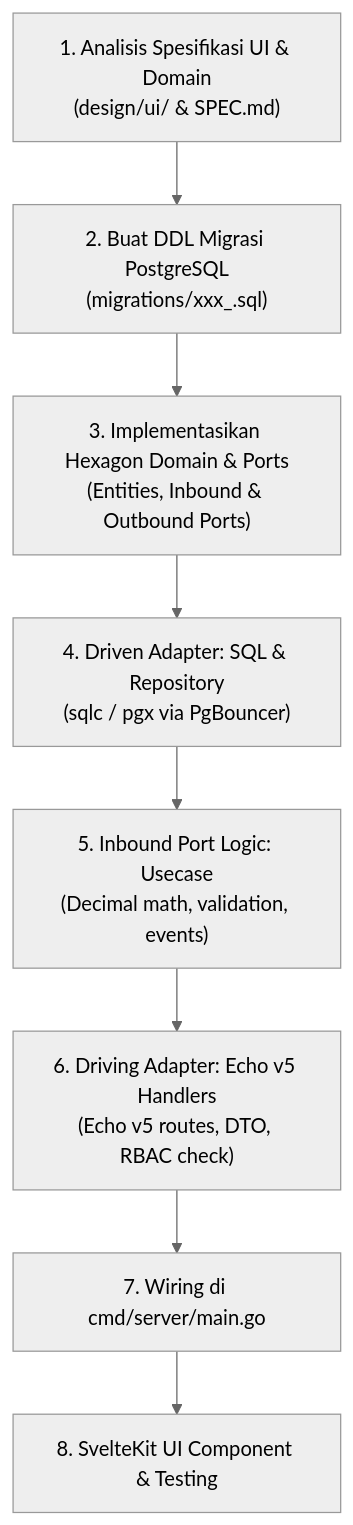
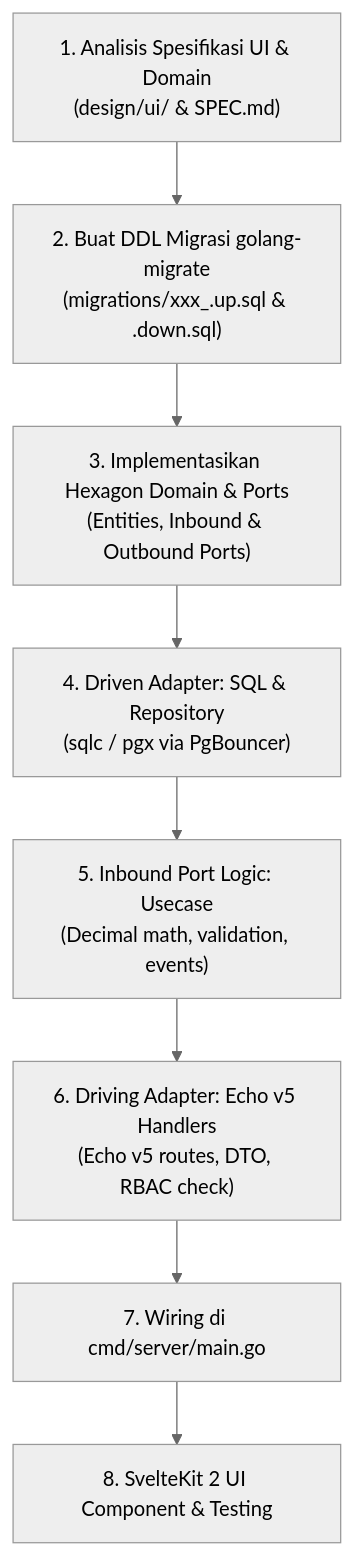
Before and after one commit to jeruktutut2/arp-monolith: the diagram in .agents/skills/erp-monolith/SKILL.md, drawn with Mermaid (neutral theme). The commit also changed other lines of this file and 6 other files, not shown here.

Commit message:
docs: standardize on golang-migrate and SvelteKit 2

````diff
--- a/.agents/skills/erp-monolith/SKILL.md
+++ b/.agents/skills/erp-monolith/SKILL.md
@@ -55,10 +56,10 @@
 ```mermaid
 flowchart TD
-    A["1. Analisis Spesifikasi UI & Domain<br>(design/ui/<modul> & SPEC.md)"] --> B["2. Buat DDL Migrasi PostgreSQL<br>(migrations/xxx_<modul>.sql)"]
+    A["1. Analisis Spesifikasi UI & Domain<br>(design/ui/<modul> & SPEC.md)"] --> B["2. Buat DDL Migrasi golang-migrate<br>(migrations/xxx_<modul>.up.sql & .down.sql)"]
     B --> C["3. Implementasikan Hexagon Domain & Ports<br>(Entities, Inbound & Outbound Ports)"]
     C --> D["4. Driven Adapter: SQL & Repository<br>(sqlc / pgx via PgBouncer)"]
     D --> E["5. Inbound Port Logic: Usecase<br>(Decimal math, validation, events)"]
     E --> F["6. Driving Adapter: Echo v5 Handlers<br>(Echo v5 routes, DTO, RBAC check)"]
     F --> G["7. Wiring di cmd/server/main.go"]
-    G --> H["8. SvelteKit UI Component & Testing"]
+    G --> H["8. SvelteKit 2 UI Component & Testing"]
 ```
````
